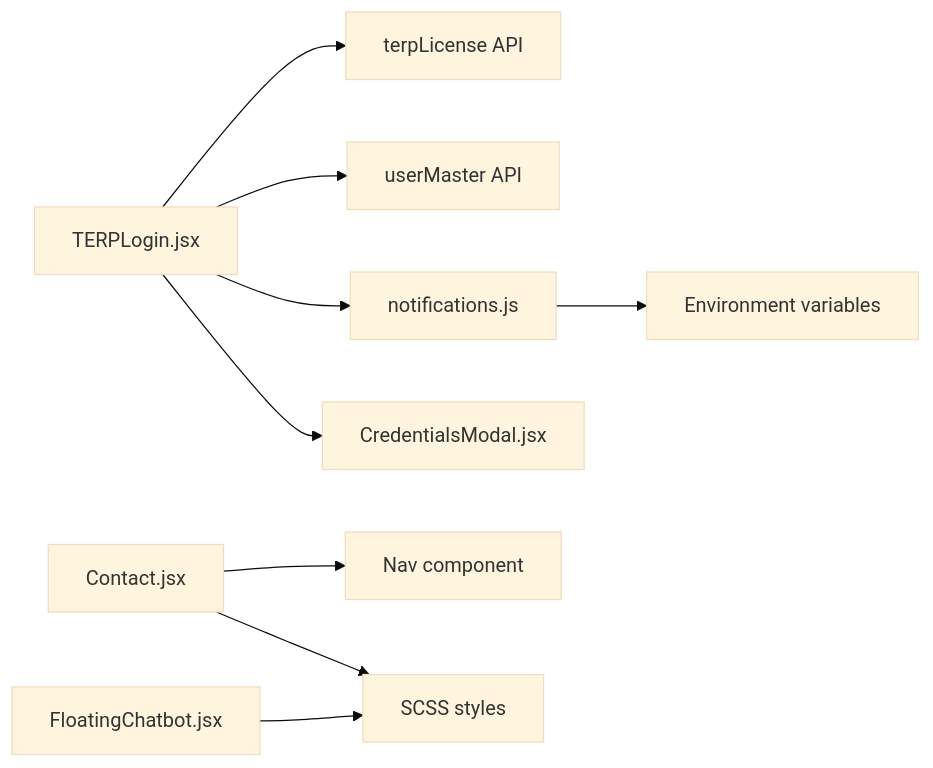
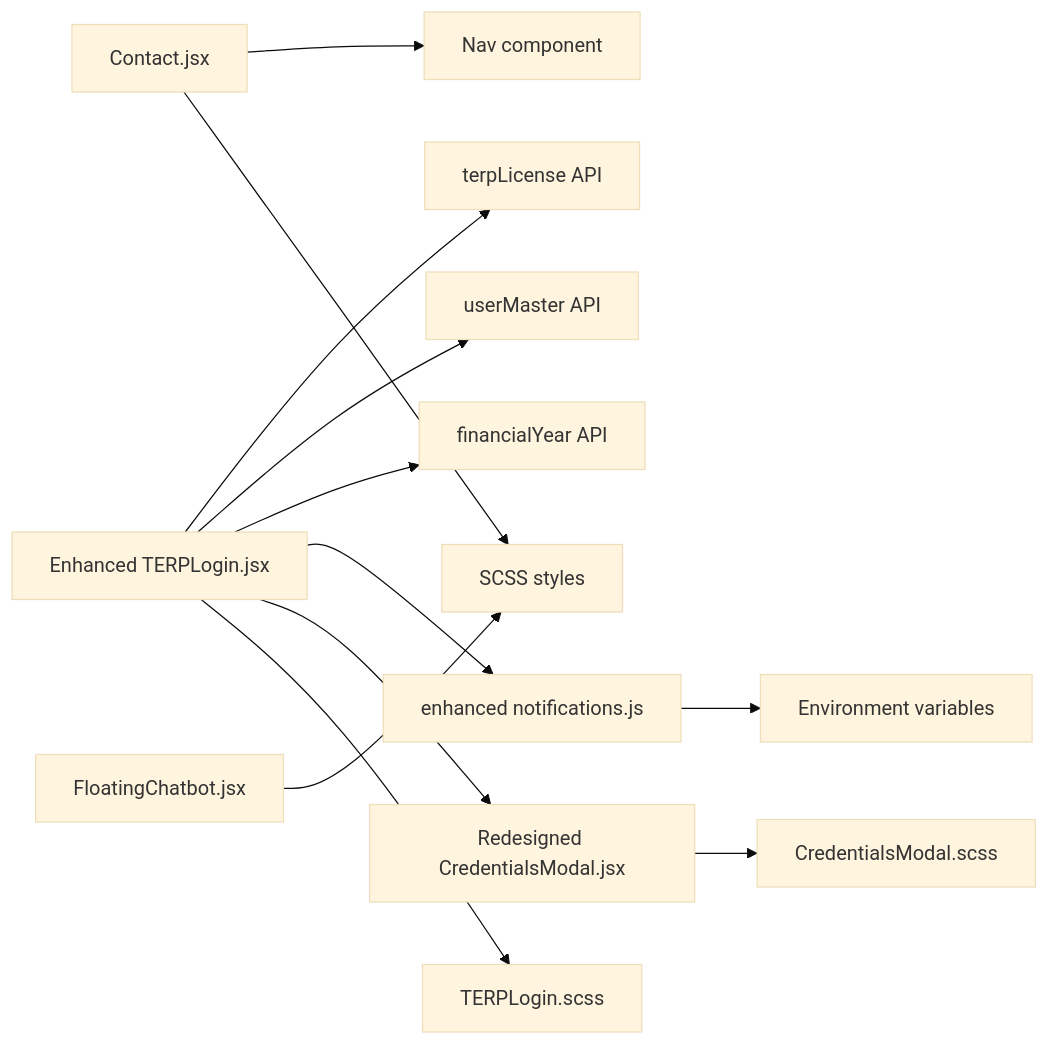
Before and after one commit to imcbsglobal/TRELLISCO_ERP_FRONTEND: the eighth of 8 diagrams in .qoder/repowiki/en/content/Public Website Features/Contact Integration.md, drawn with Mermaid (base theme). The commit also changed other lines of this file and 15 other files, not shown here.

````diff
--- a/.qoder/repowiki/en/content/Public Website Features/Contact Integration.md
+++ b/.qoder/repowiki/en/content/Public Website Features/Contact Integration.md
@@ -399,11 +464,14 @@
 ```mermaid
 graph LR
 Contact["Contact.jsx"] --> Nav["Nav component"]
-TERP["TERPLogin.jsx"] --> TerpLicense["terpLicense API"]
+TERP["Enhanced TERPLogin.jsx"] --> TerpLicense["terpLicense API"]
 TERP --> UserMaster["userMaster API"]
-TERP --> Notifications["notifications.js"]
+TERP --> FinancialYear["financialYear API"]
+TERP --> Notifications["enhanced notifications.js"]
 Notifications --> Env["Environment variables"]
-TERP --> CredentialsModal["CredentialsModal.jsx"]
+TERP --> CredentialsModal["Redesigned CredentialsModal.jsx"]
 FloatingChatbot["FloatingChatbot.jsx"] --> Styles["SCSS styles"]
 Contact --> Styles
+TERP --> TERPStyles["TERPLogin.scss"]
+CredentialsModal --> ModalStyles["CredentialsModal.scss"]
 ```
````
